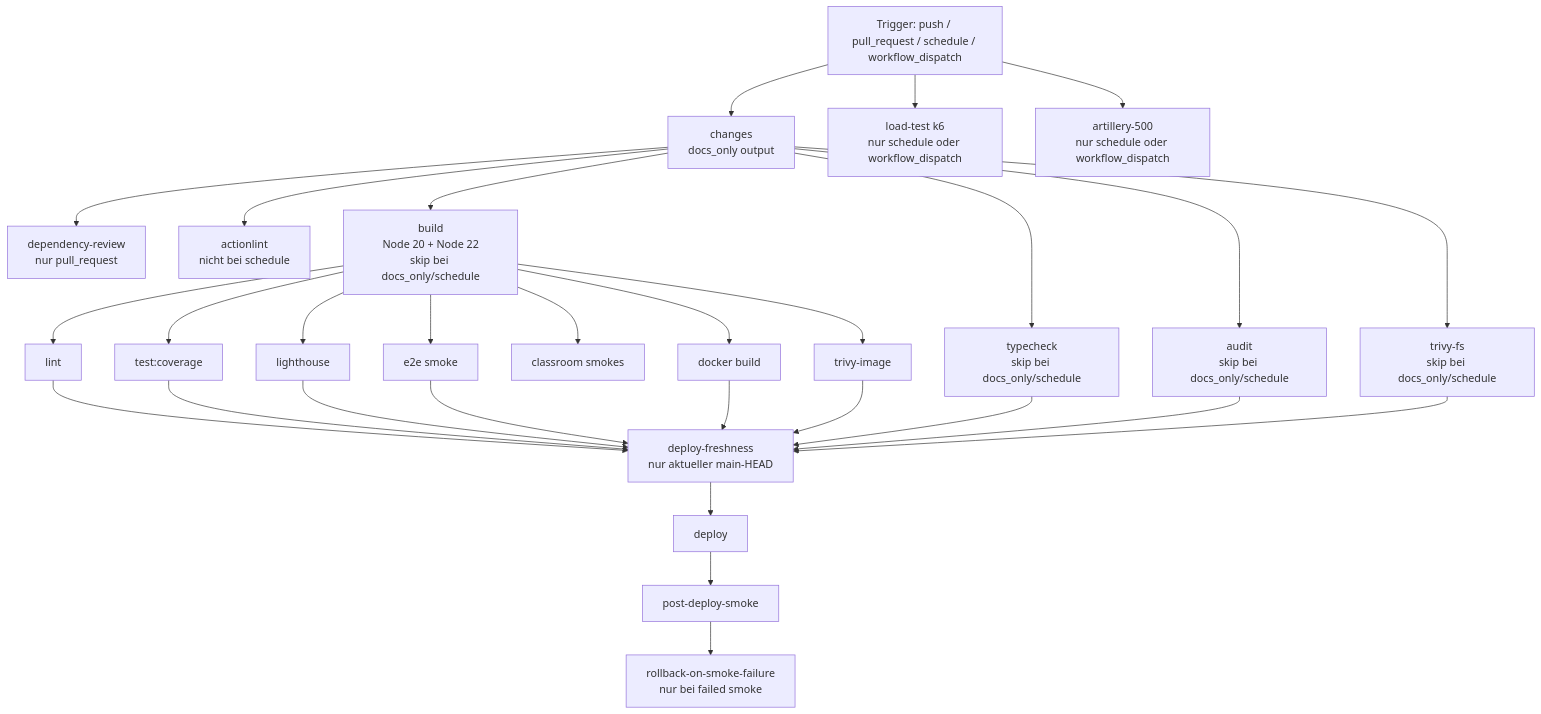
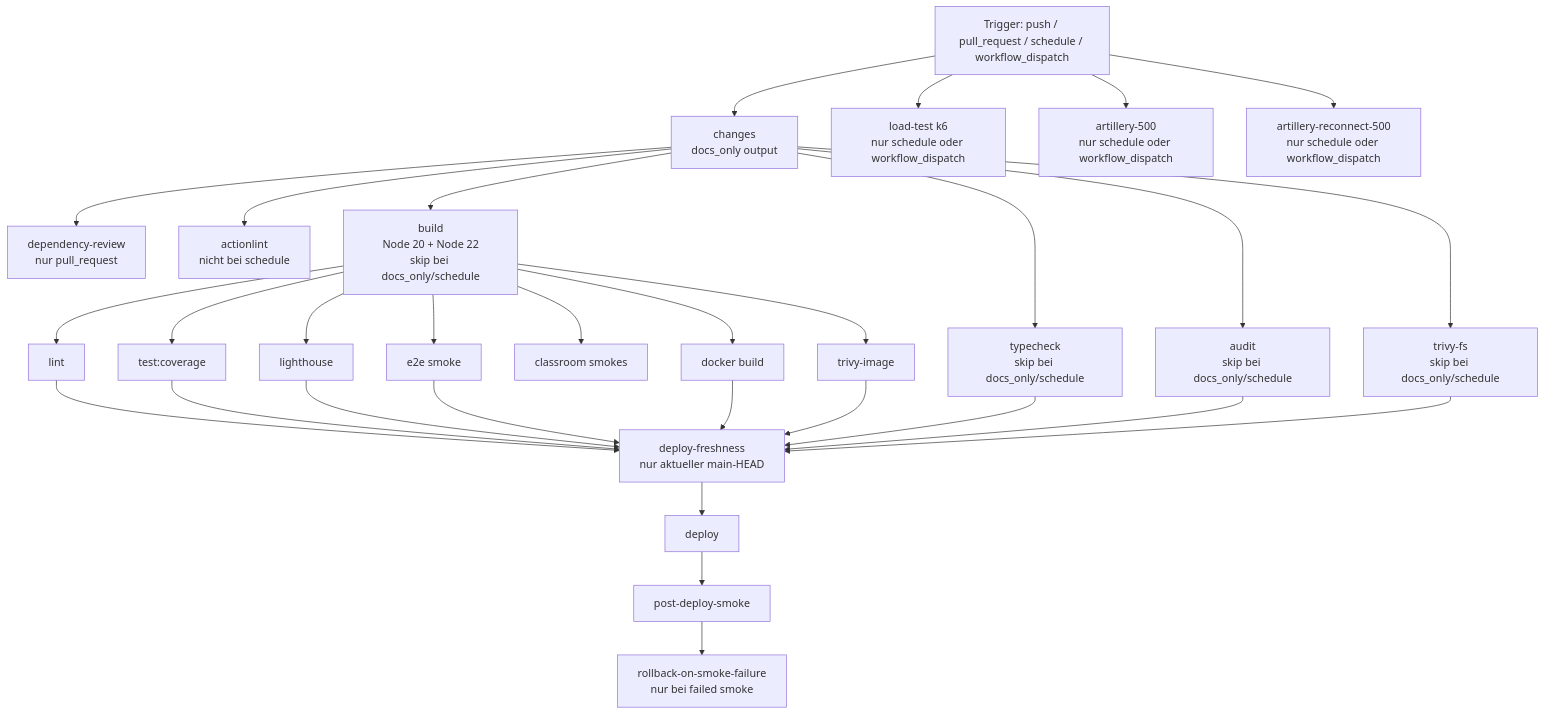
The diagram in docs/CI-WORKFLOW.md (docmoritz/arsnova-eu), drawn with Mermaid before and after one commit. The commit also changed other lines of this file and 8 other files, not shown here.

First line of the commit message:
feat(load): Artillery-Reconnect-Welle bis 500 TN ergänzen

````diff
--- a/docs/CI-WORKFLOW.md
+++ b/docs/CI-WORKFLOW.md
@@ -63,38 +63,39 @@
 ```mermaid
 flowchart TD
   A[Trigger: push / pull_request / schedule / workflow_dispatch]
   A --> Z[changes<br/>docs_only output]
 
   Z --> B[dependency-review<br/>nur pull_request]
   Z --> C[actionlint<br/>nicht bei schedule]
   Z --> D[build<br/>Node 20 + Node 22<br/>skip bei docs_only/schedule]
   Z --> E[typecheck<br/>skip bei docs_only/schedule]
   Z --> F[audit<br/>skip bei docs_only/schedule]
   Z --> G[trivy-fs<br/>skip bei docs_only/schedule]
 
   D --> H[lint]
   D --> I[test:coverage]
   D --> J[lighthouse]
   D --> K[e2e smoke]
   D --> K2[classroom smokes]
   D --> L[docker build]
   D --> M[trivy-image]
 
   H --> Q[deploy-freshness<br/>nur aktueller main-HEAD]
   I --> Q
   J --> Q
   K --> Q
   L --> Q
   E --> Q
   F --> Q
   G --> Q
   M --> Q
 
   Q --> N[deploy]
 
   N --> O[post-deploy-smoke]
   O --> P[rollback-on-smoke-failure<br/>nur bei failed smoke]
 
   A --> R[load-test k6<br/>nur schedule oder workflow_dispatch]
   A --> R2[artillery-500<br/>nur schedule oder workflow_dispatch]
+  A --> R2a[artillery-reconnect-500<br/>nur schedule oder workflow_dispatch]
 ```
````
